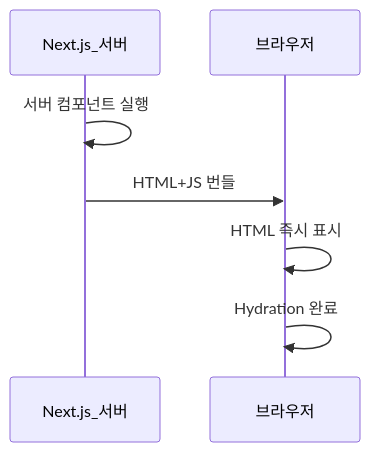
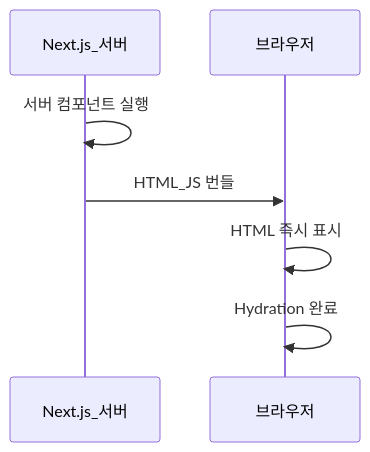
One commit to yjkim2015/yjkim2015.github.io changed the fifth of 6 diagrams in _posts/frontend/2026-05-02-nextjs-fundamentals.md. Above: the diagram before and after it, drawn with Mermaid. The commit also changed 38 other files, not shown here.

First line of the commit message:
Mermaid 파싱 에러 최종 수정 + 화살표 간격 확대

````diff
--- a/_posts/frontend/2026-05-02-nextjs-fundamentals.md
+++ b/_posts/frontend/2026-05-02-nextjs-fundamentals.md
@@ -257,7 +257,7 @@
 ```mermaid
 sequenceDiagram
     Next.js_서버->>Next.js_서버: 서버 컴포넌트 실행
-    Next.js_서버->>브라우저: HTML+JS 번들
+    Next.js_서버->>브라우저: HTML_JS 번들
     브라우저->>브라우저: HTML 즉시 표시
     브라우저->>브라우저: Hydration 완료
 ```
````
